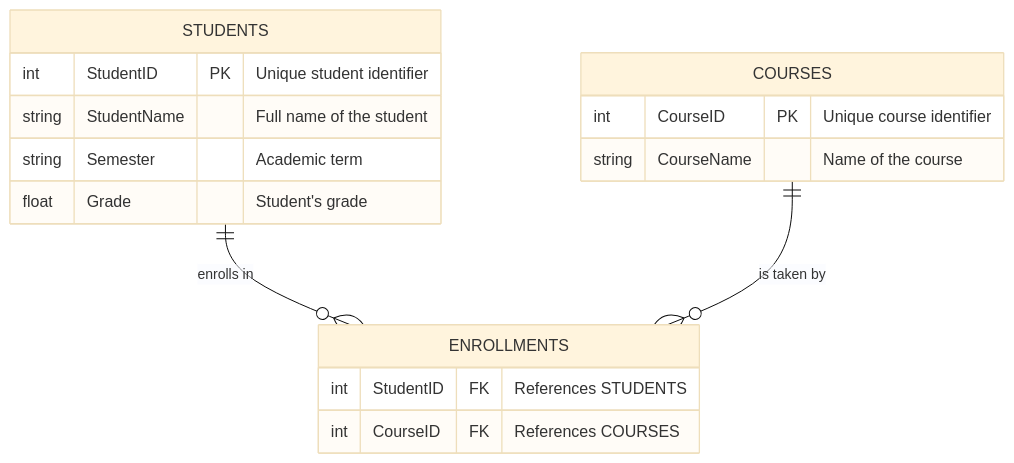
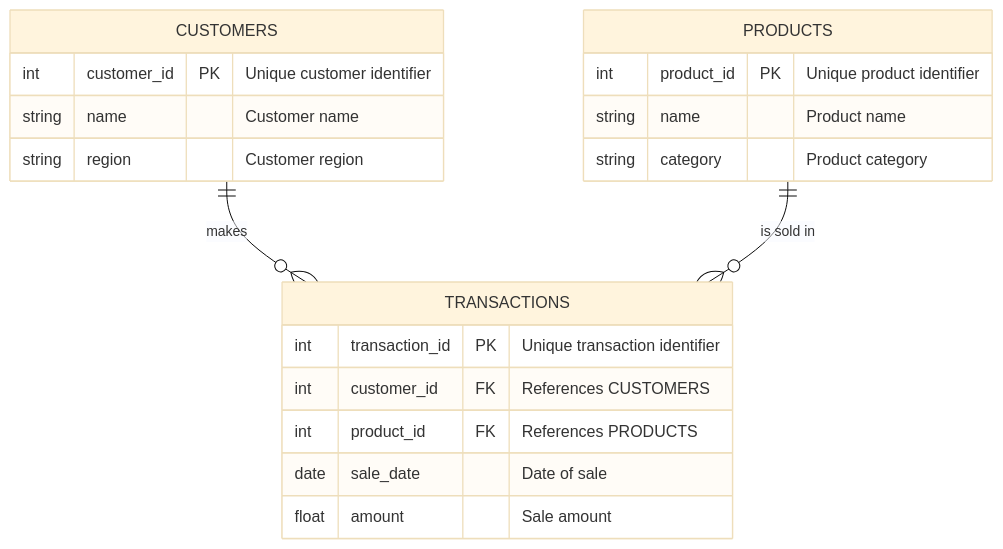
Before and after one commit to Paule-Cece/plsql-window-fonctions-Paule-Celeste-MIMBA-ESSONE: the diagram in README.md, drawn with Mermaid (base theme). The commit also changed other lines of this file and 1 other file, not shown here.

````diff
--- a/README.md
+++ b/README.md
@@ -63,19 +115,22 @@
 ```mermaid
 erDiagram
-    STUDENTS {
-        int StudentID PK "Unique student identifier"
-        string StudentName "Full name of the student"
-        string Semester "Academic term"
-        float Grade "Student's grade"
+    CUSTOMERS {
+        int customer_id PK "Unique customer identifier"
+        string name "Customer name"
+        string region "Customer region"
     }
-    COURSES {
-        int CourseID PK "Unique course identifier"
-        string CourseName "Name of the course"
+    PRODUCTS {
+        int product_id PK "Unique product identifier"
+        string name "Product name"
+        string category "Product category"
     }
-    ENROLLMENTS {
-        int StudentID FK "References STUDENTS"
-        int CourseID FK "References COURSES"
+    TRANSACTIONS {
+        int transaction_id PK "Unique transaction identifier"
+        int customer_id FK "References CUSTOMERS"
+        int product_id FK "References PRODUCTS"
+        date sale_date "Date of sale"
+        float amount "Sale amount"
     }
-    STUDENTS ||--o{ ENROLLMENTS : "enrolls in"
-    COURSES ||--o{ ENROLLMENTS : "is taken by"
+    CUSTOMERS ||--o{ TRANSACTIONS : "makes"
+    PRODUCTS ||--o{ TRANSACTIONS : "is sold in"
 ```
````
